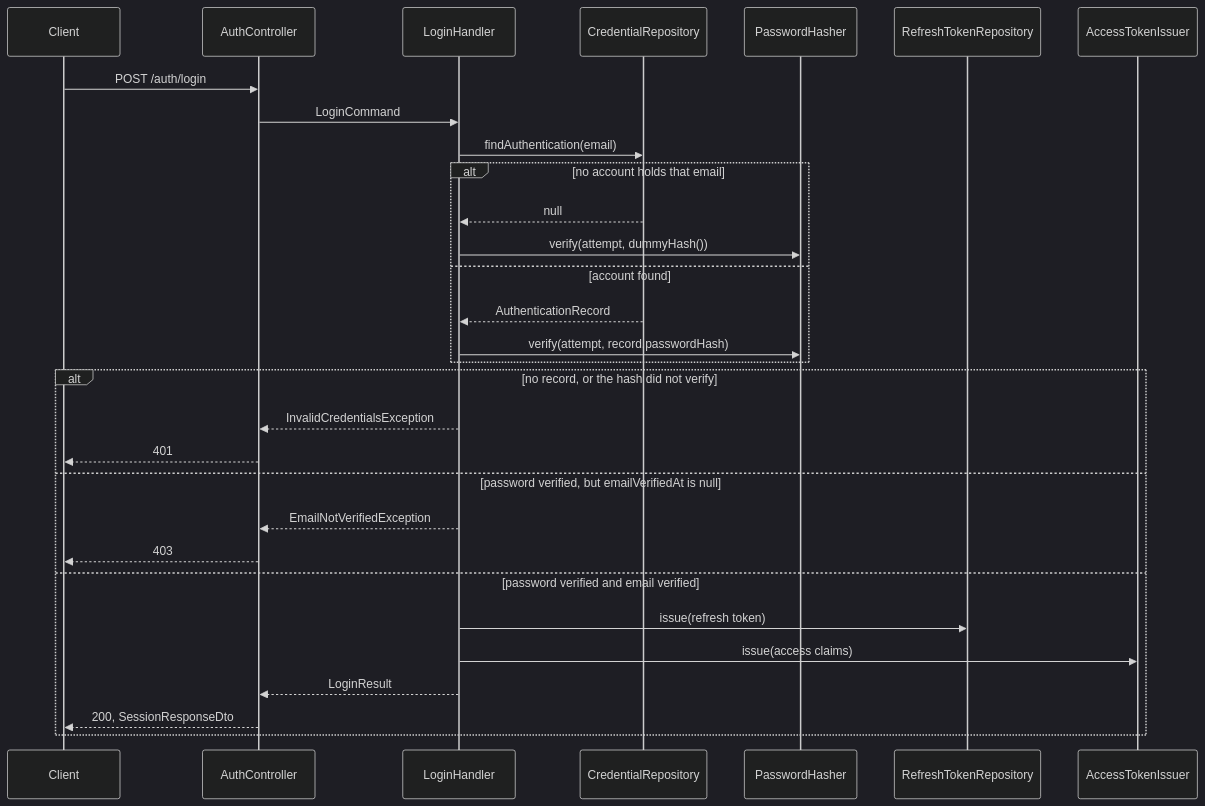
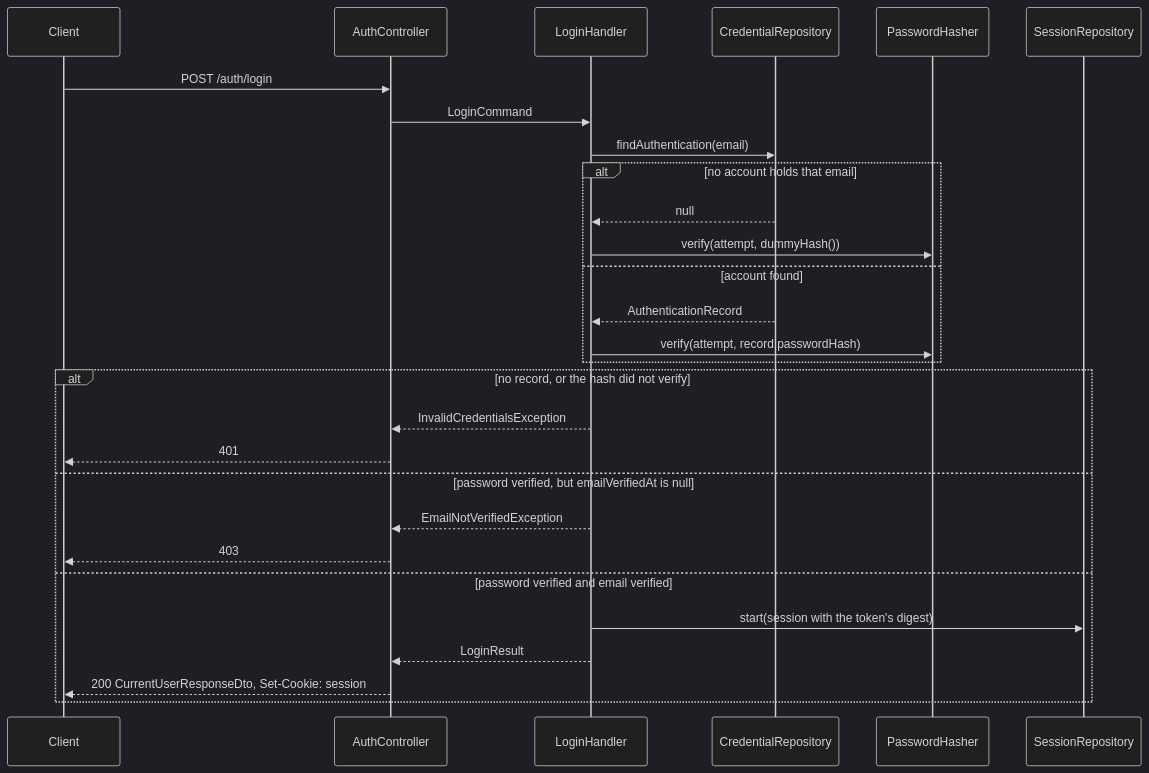
One commit to DanielCyubahiro/e-commerce changed the second of 3 diagrams in docs/contexts/identity.md. Above: the diagram before and after it, drawn with Mermaid (dark theme). The commit also changed other lines of this file and 40 other files, not shown here.

Commit message:
feat(identity): authenticate with a server-side session cookie, revoked on the next request

````diff
--- a/docs/contexts/identity.md
+++ b/docs/contexts/identity.md
@@ -284,33 +290,31 @@
 ```mermaid
 sequenceDiagram
     participant C as Client
     participant Ctl as AuthController
     participant H as LoginHandler
     participant CR as CredentialRepository
     participant Hash as PasswordHasher
-    participant RT as RefreshTokenRepository
-    participant AT as AccessTokenIssuer
+    participant S as SessionRepository
 
     C->>Ctl: POST /auth/login
     Ctl->>H: LoginCommand
     H->>CR: findAuthentication(email)
     alt no account holds that email
         CR-->>H: null
         H->>Hash: verify(attempt, dummyHash())
     else account found
         CR-->>H: AuthenticationRecord
         H->>Hash: verify(attempt, record.passwordHash)
     end
     alt no record, or the hash did not verify
         H-->>Ctl: InvalidCredentialsException
         Ctl-->>C: 401
     else password verified, but emailVerifiedAt is null
         H-->>Ctl: EmailNotVerifiedException
         Ctl-->>C: 403
     else password verified and email verified
-        H->>RT: issue(refresh token)
-        H->>AT: issue(access claims)
+        H->>S: start(session with the token's digest)
         H-->>Ctl: LoginResult
-        Ctl-->>C: 200, SessionResponseDto
+        Ctl-->>C: 200 CurrentUserResponseDto, Set-Cookie: session
     end
 ```
````
